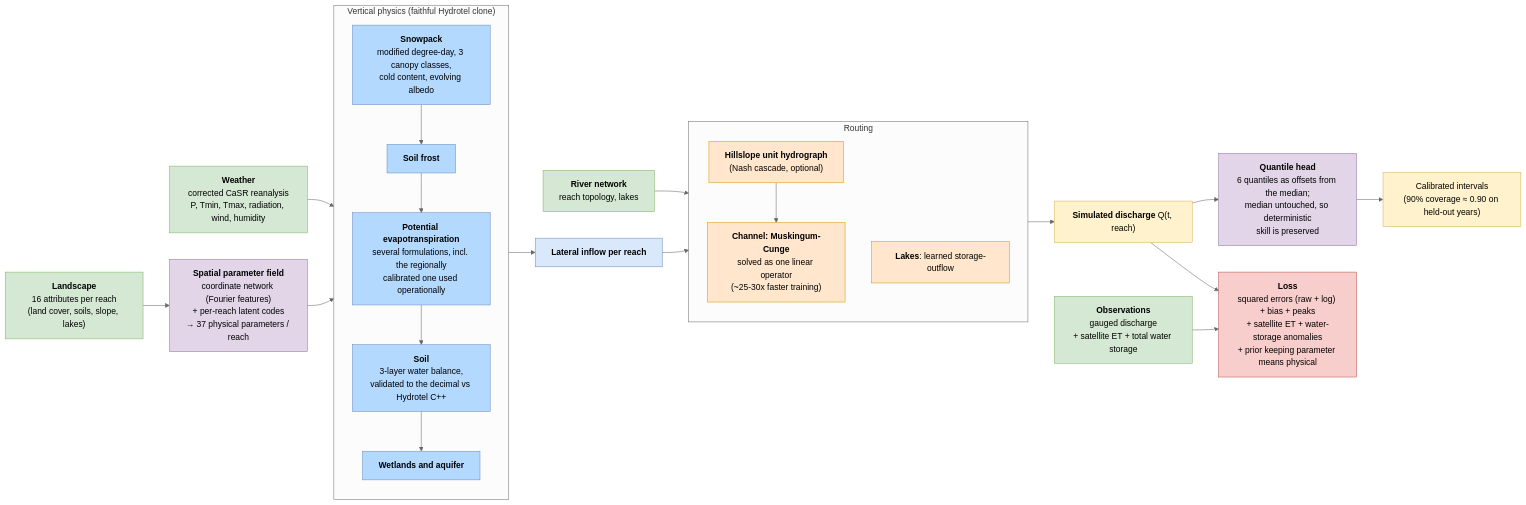
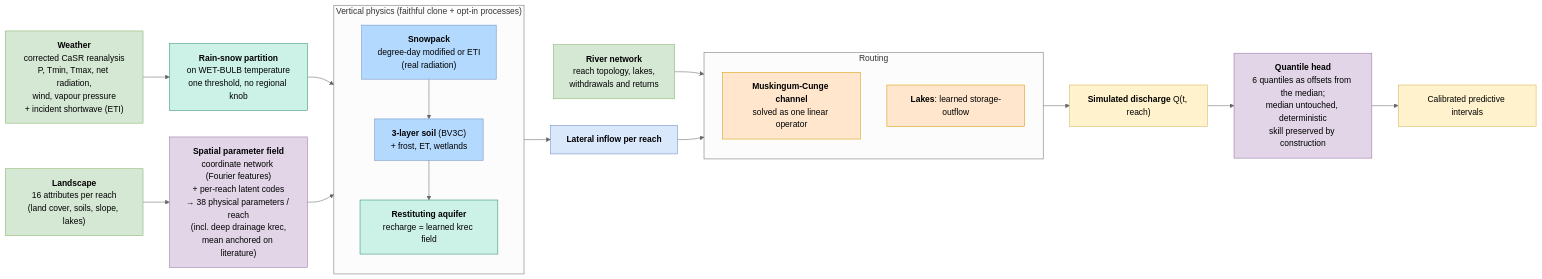
One commit to essicolo/meandre changed the first of 3 diagrams in docs/architecture.md. Above: the diagram before and after it, drawn with Mermaid (neutral theme). The commit also changed other lines of this file and 4 other files, not shown here.

````diff
--- a/docs/architecture.md
+++ b/docs/architecture.md
@@ -11,48 +9,41 @@
 ```mermaid
 flowchart LR
-    Met["<b>Weather</b><br/>corrected CaSR reanalysis<br/>P, Tmin, Tmax, radiation, wind, humidity"]:::input
+    Met["<b>Weather</b><br/>corrected CaSR reanalysis<br/>P, Tmin, Tmax, net radiation,<br/>wind, vapour pressure<br/>+ incident shortwave (ETI)"]:::input
     Pay["<b>Landscape</b><br/>16 attributes per reach<br/>(land cover, soils, slope, lakes)"]:::input
-    Net["<b>River network</b><br/>reach topology, lakes"]:::input
-    Qobs["<b>Observations</b><br/>gauged discharge<br/>+ satellite ET + total water storage"]:::input
+    Net["<b>River network</b><br/>reach topology, lakes,<br/>withdrawals and returns"]:::input
 
-    Pay --> SE["<b>Spatial parameter field</b><br/>coordinate network (Fourier features)<br/>+ per-reach latent codes<br/>→ 37 physical parameters / reach"]:::neural
-    Met --> VC
+    Pay --> SE["<b>Spatial parameter field</b><br/>coordinate network (Fourier features)<br/>+ per-reach latent codes<br/>→ 38 physical parameters / reach<br/>(incl. deep drainage krec,<br/>mean anchored on literature)"]:::neural
+    Met --> Split["<b>Rain-snow partition</b><br/>on WET-BULB temperature<br/>one threshold, no regional knob"]:::modern
+    Split --> VC
+    SE --> VC
 
-    subgraph VC["Vertical physics (faithful Hydrotel clone)"]
+    subgraph VC["Vertical physics (faithful clone + opt-in processes)"]
         direction TB
-        Snow["<b>Snowpack</b><br/>modified degree-day, 3 canopy classes,<br/>cold content, evolving albedo"]:::physics
-        Frost["<b>Soil frost</b>"]:::physics
-        ETm["<b>Potential evapotranspiration</b><br/>several formulations, incl. the regionally<br/>calibrated one used operationally"]:::physics
-        Sol["<b>Soil</b><br/>3-layer water balance,<br/>validated to the decimal vs Hydrotel C++"]:::physics
-        Aqu["<b>Wetlands and aquifer</b>"]:::physics
-        Snow --> Frost --> ETm --> Sol --> Aqu
+        Snow["<b>Snowpack</b><br/>degree-day modified or ETI<br/>(real radiation)"]:::physics
+        Sol["<b>3-layer soil</b> (BV3C)<br/>+ frost, ET, wetlands"]:::physics
+        Aqu["<b>Restituting aquifer</b><br/>recharge = learned krec field"]:::modern
+        Snow --> Sol --> Aqu
     end
 
-    SE --> VC
     VC --> Lat["<b>Lateral inflow per reach</b>"]:::flow
     Net --> Route
     Lat --> Route
 
     subgraph Route["Routing"]
         direction TB
-        UH["<b>Hillslope unit hydrograph</b><br/>(Nash cascade, optional)"]:::routing
-        Musk["<b>Channel: Muskingum-Cunge</b><br/>solved as one linear operator<br/>(~25-30x faster training)"]:::routing
+        Musk["<b>Muskingum-Cunge channel</b><br/>solved as one linear operator"]:::routing
         Lake["<b>Lakes</b>: learned storage-outflow"]:::routing
-        UH --> Musk
     end
 
     Route --> Qsim["<b>Simulated discharge</b> Q(t, reach)"]:::output
-    Qsim --> QH["<b>Quantile head</b><br/>6 quantiles as offsets from the median;<br/>median untouched, so deterministic<br/>skill is preserved"]:::neural
-    QH --> Qint["Calibrated intervals<br/>(90% coverage ≈ 0.90 on held-out years)"]:::output
-
-    Qsim --> Loss["<b>Loss</b><br/>squared errors (raw + log) + bias + peaks<br/>+ satellite ET + water-storage anomalies<br/>+ prior keeping parameter means physical"]:::loss
-    Qobs --> Loss
+    Qsim --> QH["<b>Quantile head</b><br/>6 quantiles as offsets from the median;<br/>median untouched, deterministic<br/>skill preserved by construction"]:::neural
+    QH --> Qint["Calibrated predictive intervals"]:::output
 
     classDef input fill:#d5e8d4,stroke:#82b366
     classDef neural fill:#e1d5e7,stroke:#9673a6
     classDef physics fill:#b3d9ff,stroke:#6c8ebf
+    classDef modern fill:#ccf2e8,stroke:#2e8b74
     classDef flow fill:#dae8fc,stroke:#6c8ebf
     classDef routing fill:#ffe6cc,stroke:#d79b00
     classDef output fill:#fff2cc,stroke:#d6b656
-    classDef loss fill:#f8cecc,stroke:#b85450
 ```
````
